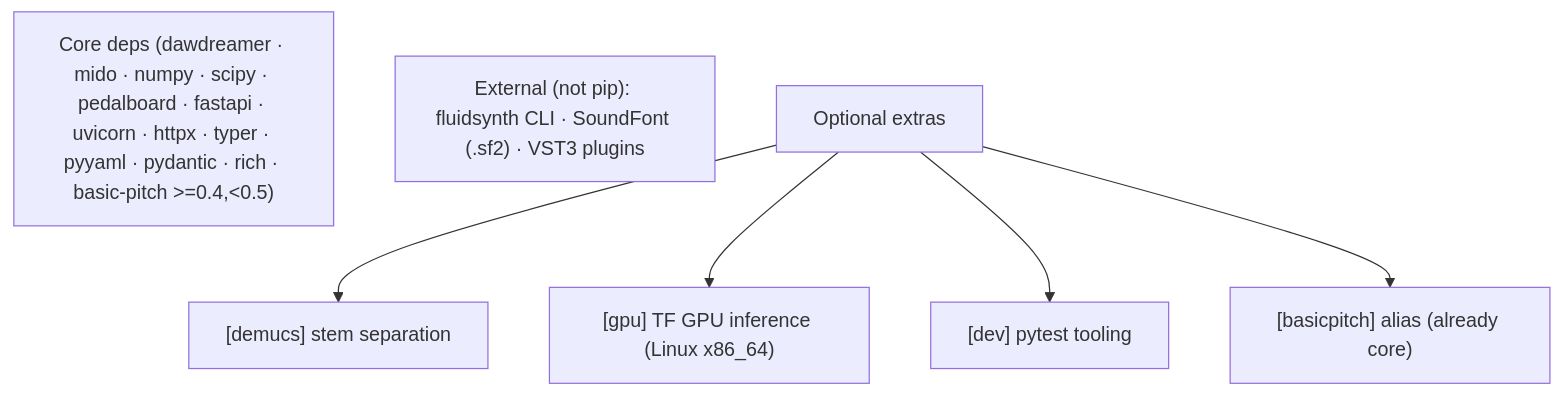
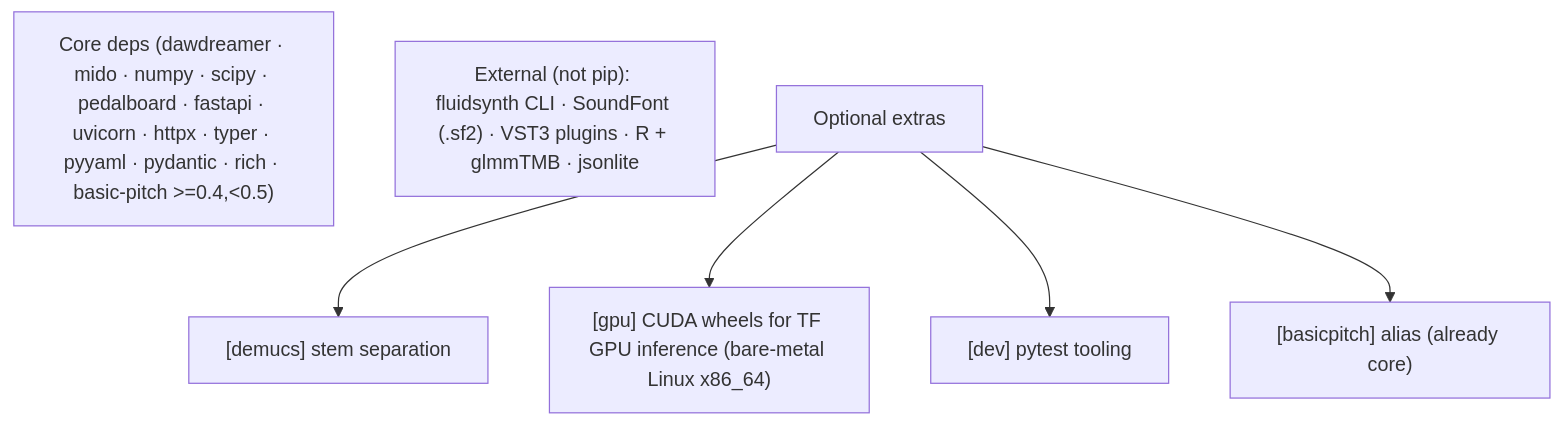
One commit to dadmaan/sonitra changed the ninth of 10 diagrams in ARCHITECTURE.md. Above: the diagram before and after it, drawn with Mermaid. The commit also changed other lines of this file, not shown here.

Commit message:
docs: Update ARCHITECTURE

````diff
--- a/ARCHITECTURE.md
+++ b/ARCHITECTURE.md
@@ -218,12 +243,12 @@
 ```mermaid
 flowchart TB
     core["Core deps (dawdreamer · mido · numpy · scipy · pedalboard · fastapi · uvicorn · httpx · typer · pyyaml · pydantic · rich · basic-pitch >=0.4,<0.5)"]
-    ext["External (not pip): fluidsynth CLI · SoundFont (.sf2) · VST3 plugins"]
+    ext["External (not pip): fluidsynth CLI · SoundFont (.sf2) · VST3 plugins · R + glmmTMB · jsonlite"]
     extras["Optional extras"]
     demucs["[demucs] stem separation"]
-    gpu["[gpu] TF GPU inference (Linux x86_64)"]
+    gpu["[gpu] CUDA wheels for TF GPU inference (bare-metal Linux x86_64)"]
     dev["[dev] pytest tooling"]
     bp["[basicpitch] alias (already core)"]
 
     extras --> demucs & gpu & dev & bp
 ```
````
